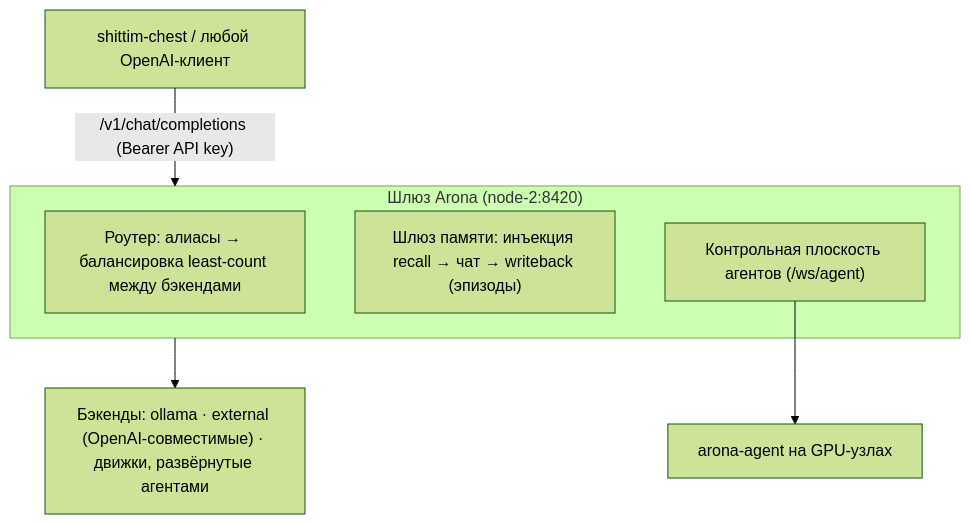
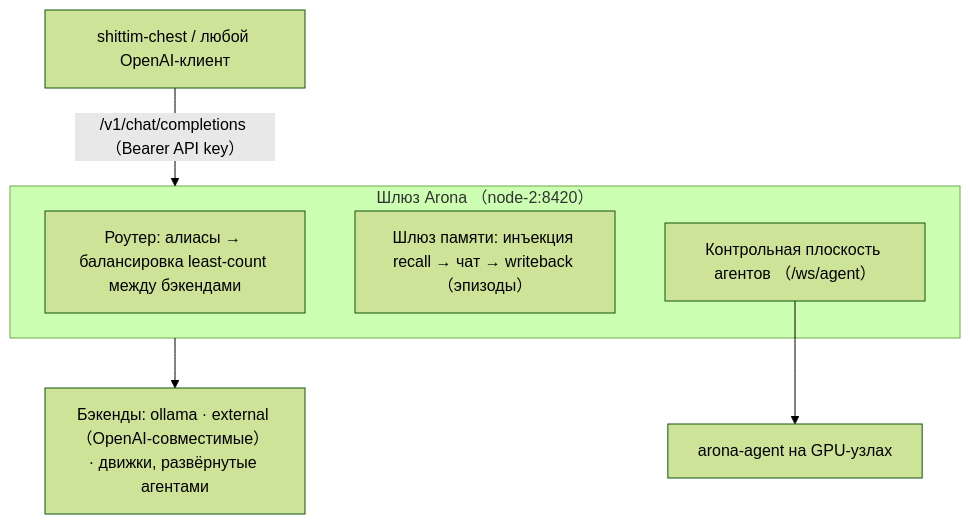
Before and after one commit to celestia-island/docs.celestia.world: the diagram in docs/ru/platforms/arona.md, drawn with Mermaid (forest theme). The commit also changed 35 other files, not shown here.

First line of the commit message:
📝 Convert ASCII parentheses in mermaid fences to fullwidth across languages. (#96)

````diff
--- a/docs/ru/platforms/arona.md
+++ b/docs/ru/platforms/arona.md
@@ -12,12 +12,12 @@
 ```mermaid
 flowchart TD
     C["shittim-chest / любой OpenAI-клиент"]
-    subgraph G["Шлюз Arona (node-2:8420)"]
+    subgraph G["Шлюз Arona （node-2:8420）"]
         N0["Роутер: алиасы → балансировка least-count между бэкендами"]
-        N1["Шлюз памяти: инъекция recall → чат → writeback (эпизоды)"]
-        N2["Контрольная плоскость агентов (/ws/agent)"]
+        N1["Шлюз памяти: инъекция recall → чат → writeback （эпизоды）"]
+        N2["Контрольная плоскость агентов （/ws/agent）"]
     end
-    C -->|"/v1/chat/completions (Bearer API key)"| G
+    C -->|"/v1/chat/completions （Bearer API key）"| G
     N2 --> T["arona-agent на GPU-узлах"]
-    G --> B["Бэкенды: ollama · external (OpenAI-совместимые) · движки, развёрнутые агентами"]
+    G --> B["Бэкенды: ollama · external （OpenAI-совместимые） · движки, развёрнутые агентами"]
 ```
````
